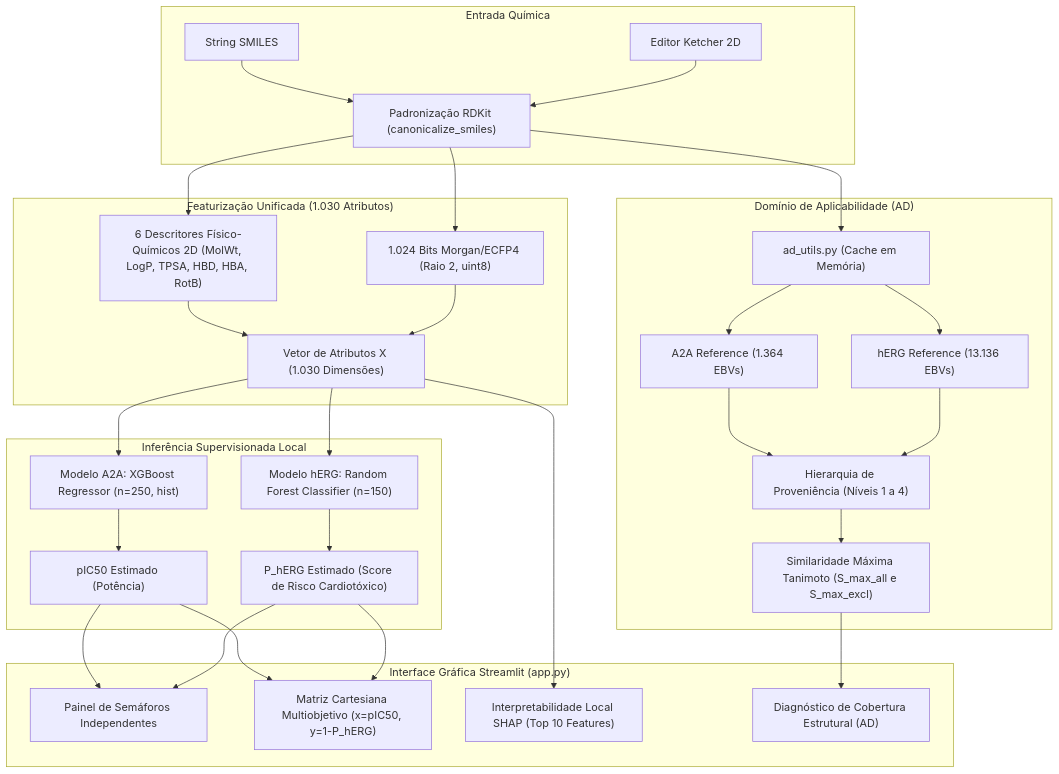
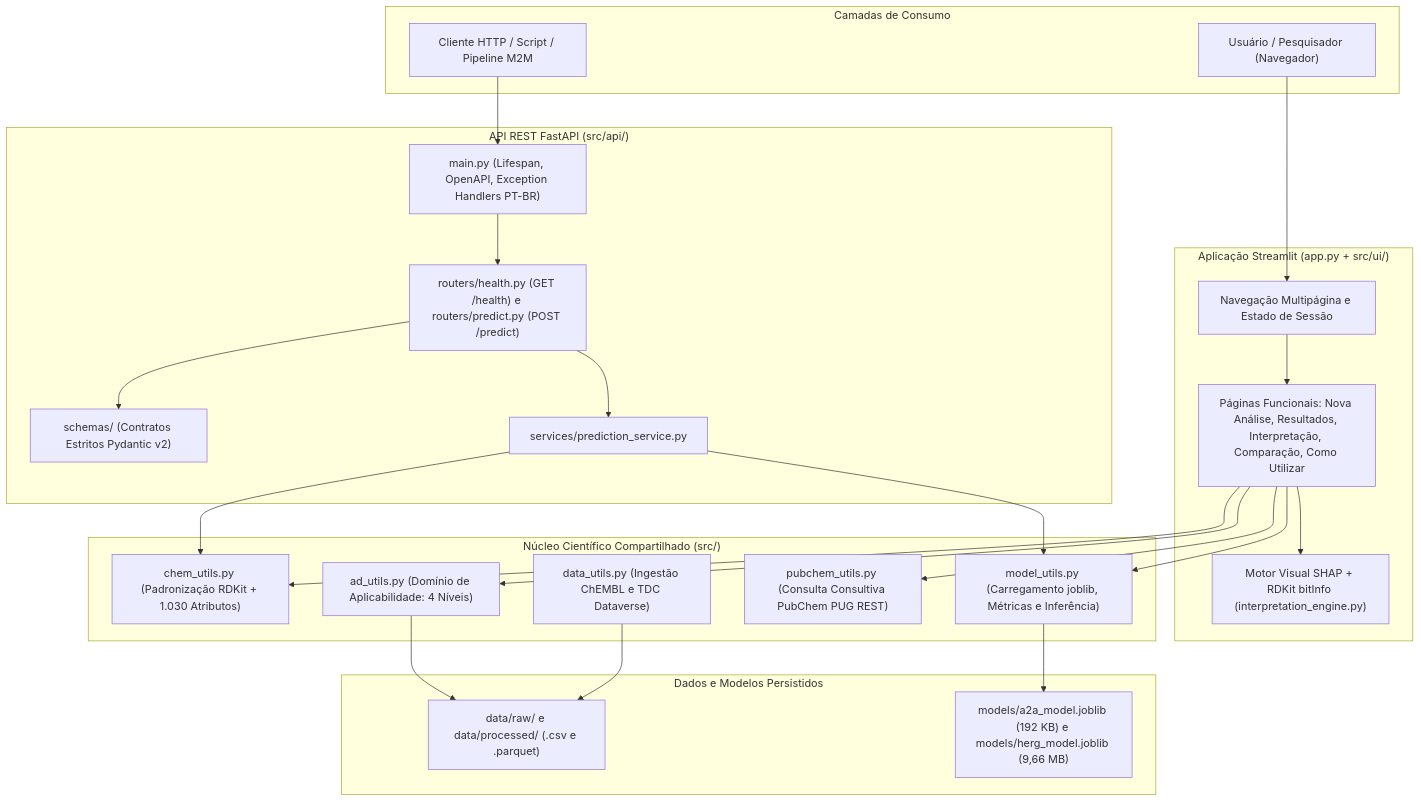
The diagram in README.md (raphaelpiresdev-ai/BioPredicta), drawn with Mermaid before and after one commit. The commit also changed other lines of this file and 29 other files, not shown here.

````diff
--- a/README.md
+++ b/README.md
@@ -37,36 +100,44 @@
 ```mermaid
 flowchart TD
-    subgraph ENTRADA["Entrada Química"]
-        A1["String SMILES"] --> B["Padronização RDKit (canonicalize_smiles)"]
-        A2["Editor Ketcher 2D"] --> B
+    subgraph Clientes["Camadas de Consumo"]
+        UserUI["Usuário / Pesquisador (Navegador)"]
+        ClientAPI["Cliente HTTP / Script / Pipeline M2M"]
     end
 
-    subgraph FEATURIZACAO["Featurização Unificada (1.030 Atributos)"]
-        B --> C1["6 Descritores Físico-Químicos 2D (MolWt, LogP, TPSA, HBD, HBA, RotB)"]
-        B --> C2["1.024 Bits Morgan/ECFP4 (Raio 2, uint8)"]
-        C1 --> D["Vetor de Atributos X (1.030 Dimensões)"]
-        C2 --> D
+    subgraph Camada_Streamlit["Aplicação Streamlit (app.py + src/ui/)"]
+        Nav["Navegação Multipágina e Estado de Sessão"]
+        Pages["Páginas Funcionais: Nova Análise, Resultados, Interpretação, Comparação, Como Utilizar"]
+        XAI["Motor Visual SHAP + RDKit bitInfo (interpretation_engine.py)"]
+        Nav --> Pages --> XAI
     end
 
-    subgraph MODELOS["Inferência Supervisionada Local"]
-        D --> E1["Modelo A2A: XGBoost Regressor (n=250, hist)"]
-        D --> E2["Modelo hERG: Random Forest Classifier (n=150)"]
-        E1 --> F1["pIC50 Estimado (Potência)"]
-        E2 --> F2["P_hERG Estimado (Score de Risco Cardiotóxico)"]
+    subgraph Camada_FastAPI["API REST FastAPI (src/api/)"]
+        MainAPI["main.py (Lifespan, OpenAPI, Exception Handlers PT-BR)"]
+        Routers["routers/health.py (GET /health) e routers/predict.py (POST /predict)"]
+        Schemas["schemas/ (Contratos Estritos Pydantic v2)"]
+        Service["services/prediction_service.py"]
+        MainAPI --> Routers --> Schemas
+        Routers --> Service
     end
 
-    subgraph DIAGNOSTICO["Domínio de Aplicabilidade (AD)"]
-        B --> G["ad_utils.py (Cache em Memória)"]
-        G --> H1["A2A Reference (1.364 EBVs)"]
-        G --> H2["hERG Reference (13.136 EBVs)"]
-        H1 & H2 --> I["Hierarquia de Proveniência (Níveis 1 a 4)"]
-        I --> J["Similaridade Máxima Tanimoto (S_max_all e S_max_excl)"]
+    subgraph Nucleo_Cientifico["Núcleo Científico Compartilhado (src/)"]
+        Chem["chem_utils.py (Padronização RDKit + 1.030 Atributos)"]
+        ModelU["model_utils.py (Carregamento joblib, Métricas e Inferência)"]
+        AD["ad_utils.py (Domínio de Aplicabilidade: 4 Níveis)"]
+        PubChem["pubchem_utils.py (Consulta Consultiva PubChem PUG REST)"]
+        DataU["data_utils.py (Ingestão ChEMBL e TDC Dataverse)"]
     end
 
-    subgraph INTERFACE["Interface Gráfica Streamlit (app.py)"]
-        F1 & F2 --> K1["Painel de Semáforos Independentes"]
-        F1 & F2 --> K2["Matriz Cartesiana Multiobjetivo (x=pIC50, y=1-P_hERG)"]
-        D --> K3["Interpretabilidade Local SHAP (Top 10 Features)"]
-        J --> K4["Diagnóstico de Cobertura Estrutural (AD)"]
+    subgraph Artefatos["Dados e Modelos Persistidos"]
+        Datasets["data/raw/ e data/processed/ (.csv e .parquet)"]
+        Models["models/a2a_model.joblib (192 KB) e models/herg_model.joblib (9,66 MB)"]
     end
+
+    UserUI --> Nav
+    ClientAPI --> MainAPI
+    Pages --> Chem & ModelU & AD & PubChem
+    Service --> Chem & ModelU
+    ModelU --> Models
+    AD --> Datasets
+    DataU --> Datasets
 ```
````
